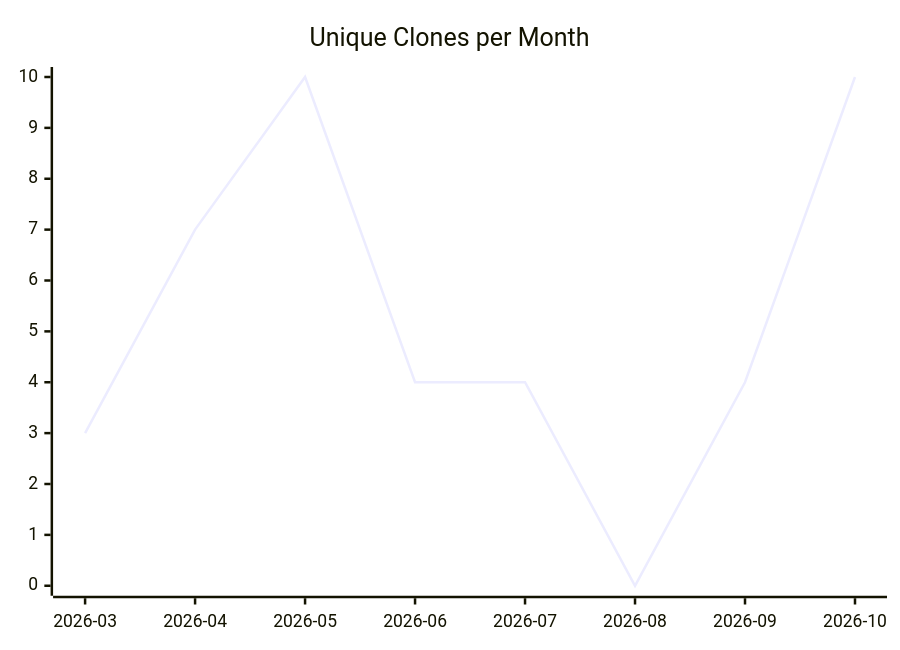
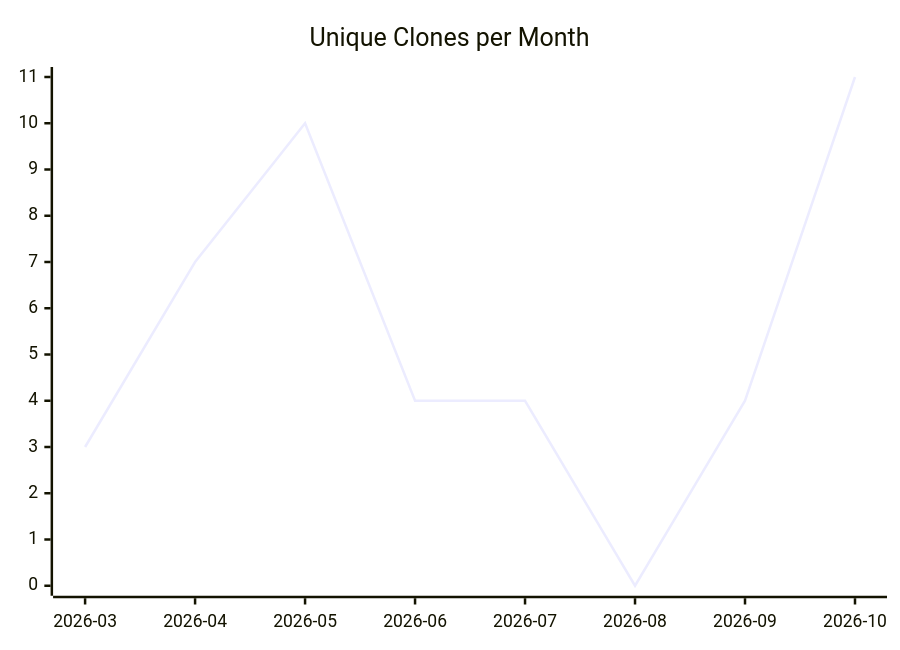
Before and after one commit to justdavis-family/github-analytics-data: the third of 3 diagrams in karlmdavis/test-repo-for-move/README.md, drawn with Mermaid. The commit also changed other lines of this file and 196 other files, not shown here.

````diff
--- a/karlmdavis/test-repo-for-move/README.md
+++ b/karlmdavis/test-repo-for-move/README.md
@@ -19,6 +19,6 @@
 ```mermaid
 xychart-beta
   title "Unique Clones per Month"
   x-axis ["2026-03", "2026-04", "2026-05", "2026-06", "2026-07", "2026-08", "2026-09", "2026-10"]
-  line [3, 7, 10, 4, 4, 0, 4, 10]
+  line [3, 7, 10, 4, 4, 0, 4, 11]
 ```
````
